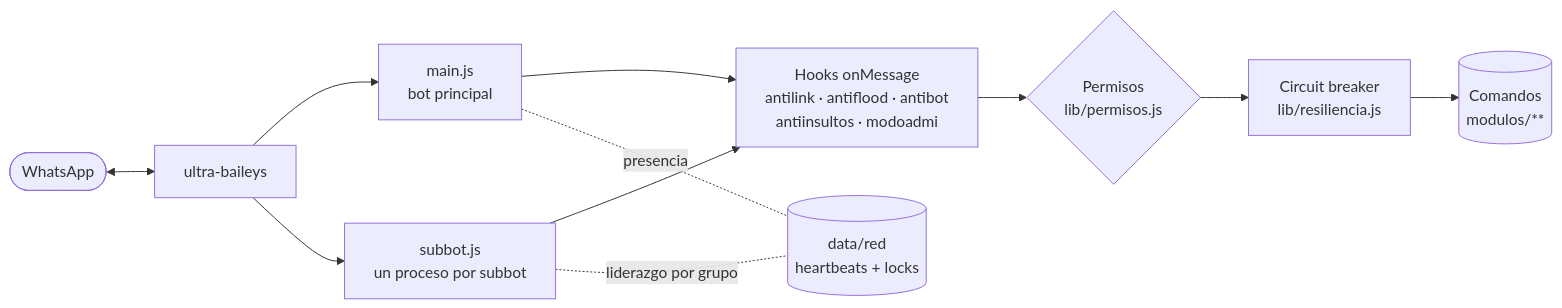
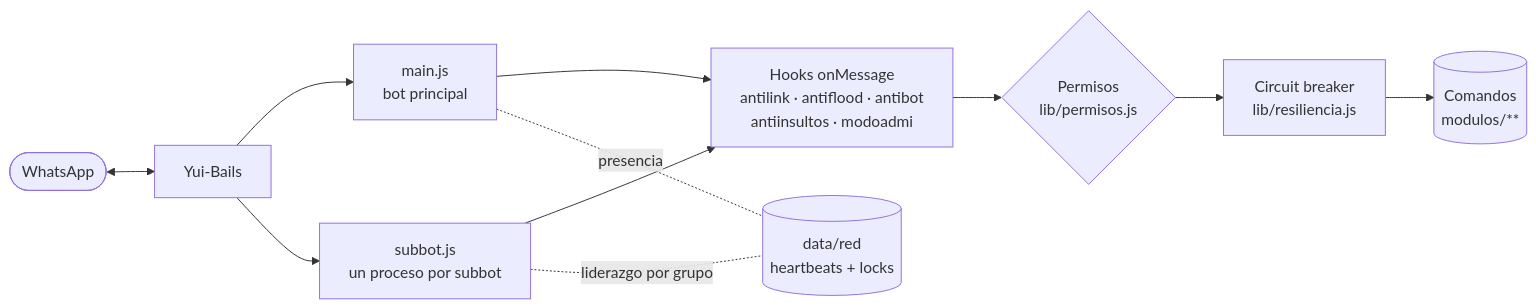
One commit to AmilcarGit/YuiBot-MD changed the diagram in README.md. Above: the diagram before and after it, drawn with Mermaid. The commit also changed other lines of this file and 14 other files, not shown here.

First line of the commit message:
Pasar la conexión a Yui-Bails (@yui-bails/yui-bails) y apagar su banner duplicado

````diff
--- a/README.md
+++ b/README.md
@@ -134,13 +134,13 @@
 ```mermaid
 flowchart LR
-    WA([WhatsApp]) <--> B[ultra-baileys]
+    WA([WhatsApp]) <--> B[Yui-Bails]
     B --> M[main.js<br/>bot principal]
     B --> S[subbot.js<br/>un proceso por subbot]
     M --> H[Hooks onMessage<br/>antilink · antiflood · antibot<br/>antiinsultos · modoadmi]
     S --> H
     H --> P{Permisos<br/>lib/permisos.js}
     P --> R[Circuit breaker<br/>lib/resiliencia.js]
     R --> C[(Comandos<br/>modulos/**)]
     S -. liderazgo por grupo .- N[(data/red<br/>heartbeats + locks)]
     M -. presencia .- N
 ```
````
